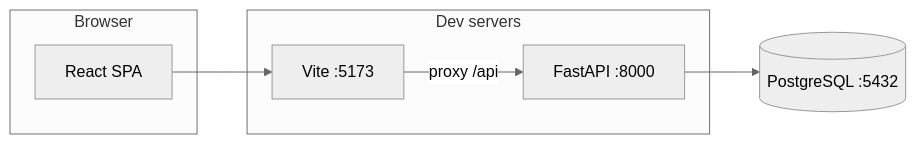
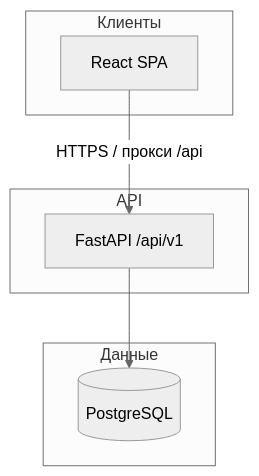
The diagram in docs/ARCHITECTURE.md (zeuszcz/headhunteraapp), drawn with Mermaid (neutral theme) before and after one commit. The commit also changed other lines of this file and 132 other files, not shown here.

````diff
--- a/docs/ARCHITECTURE.md
+++ b/docs/ARCHITECTURE.md
@@ -7,15 +11,15 @@
 ```mermaid
-flowchart LR
-  subgraph client [Browser]
-    UI[React SPA]
+flowchart TB
+  subgraph clients [Клиенты]
+    WEB[React SPA]
   end
-  subgraph dev [Dev servers]
-    Vite[Vite :5173]
-    API[FastAPI :8000]
+  subgraph api [API]
+    FAST[FastAPI /api/v1]
   end
-  DB[(PostgreSQL :5432)]
+  subgraph data [Данные]
+    PG[(PostgreSQL)]
+  end
 
-  UI --> Vite
-  Vite -->|"proxy /api"| API
-  API --> DB
+  WEB -->|HTTPS / прокси /api| FAST
+  FAST --> PG
 ```
````
